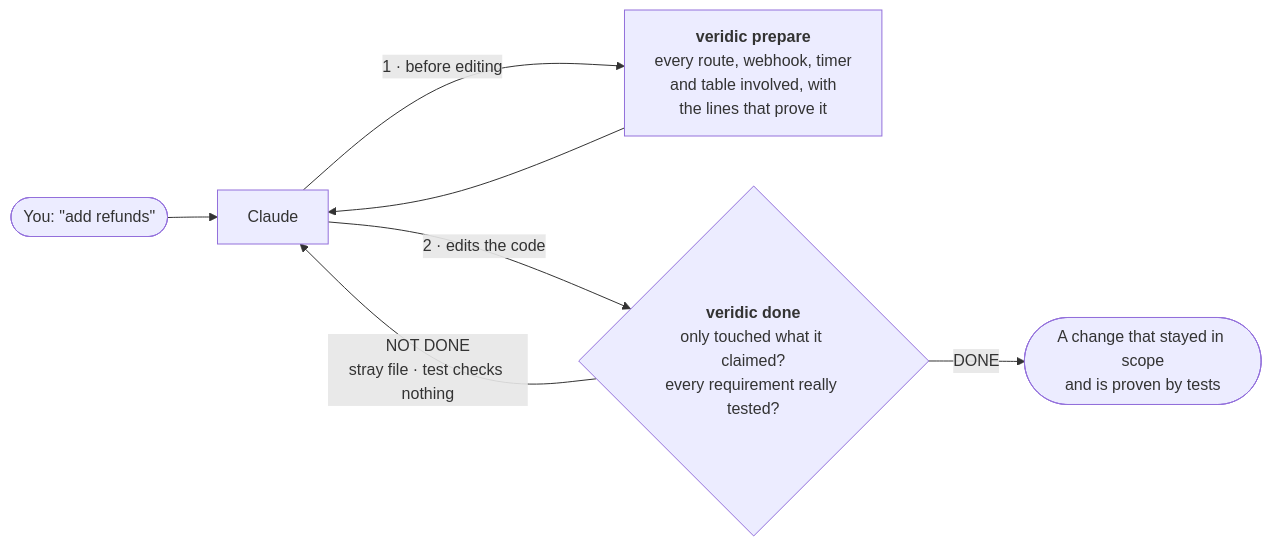
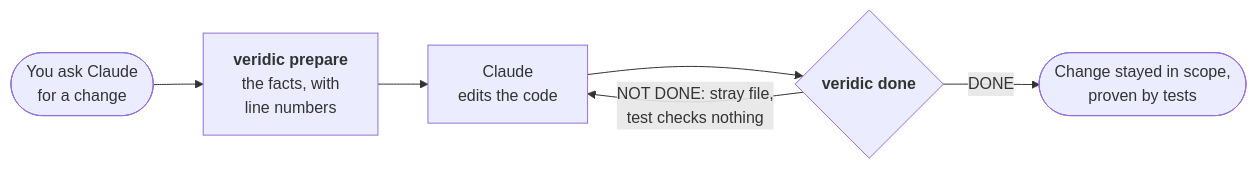
The diagram in README.md (cph0r/veridic), drawn with Mermaid before and after one commit. The commit also changed 1 other file, not shown here.

Commit message:
README: simpler diagram; keep column spacing in the animation

````diff
--- a/README.md
+++ b/README.md
@@ -31,9 +31,8 @@
 ```mermaid
 flowchart LR
-    you(["You: #quot;add refunds#quot;"]) --> agent["Claude"]
-    agent -- "1 · before editing" --> facts["<b>veridic prepare</b><br/>every route, webhook, timer<br/>and table involved, with<br/>the lines that prove it"]
-    facts --> agent
-    agent -- "2 · edits the code" --> check{"<b>veridic done</b><br/>only touched what it claimed?<br/>every requirement really tested?"}
-    check -- "NOT DONE<br/>stray file · test checks nothing" --> agent
-    check -- "DONE" --> result(["A change that stayed in scope<br/>and is proven by tests"])
+    ask(["You ask Claude<br/>for a change"]) --> facts["<b>veridic prepare</b><br/>the facts, with<br/>line numbers"]
+    facts --> edit["Claude<br/>edits the code"]
+    edit --> check{"<b>veridic done</b>"}
+    check -- "NOT DONE: stray file,<br/>test checks nothing" --> edit
+    check -- "DONE" --> result(["Change stayed in scope,<br/>proven by tests"])
 ```
````
